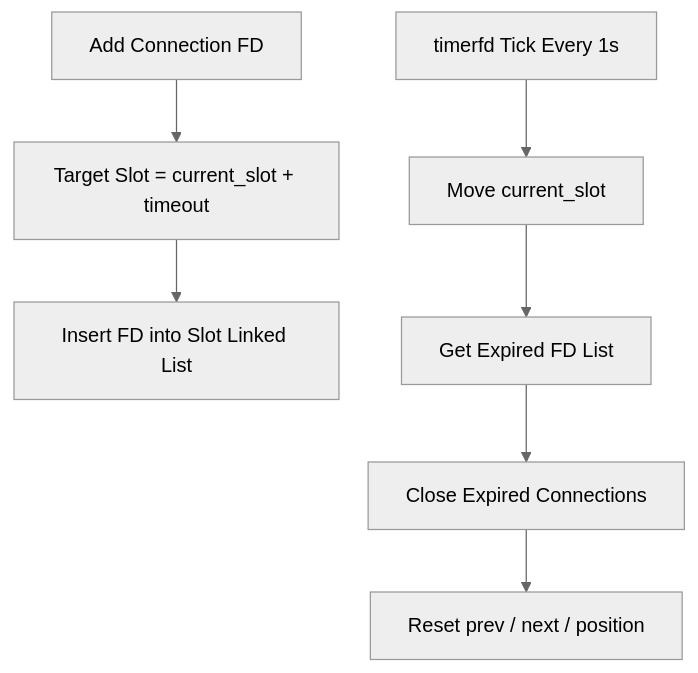
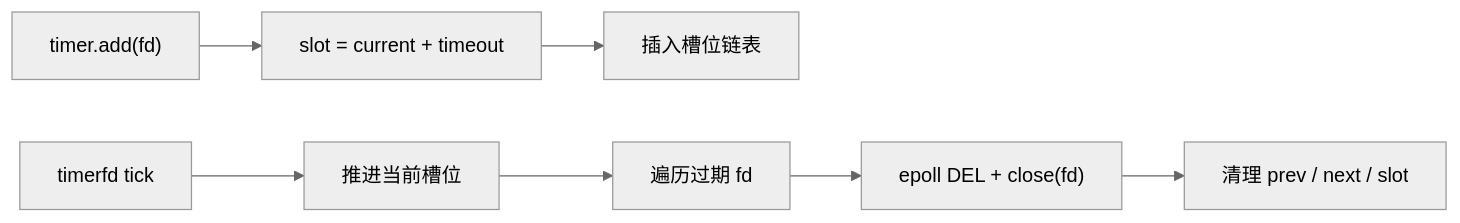
One commit to kangbaoH/VWebServer changed the fourth of 4 diagrams in README.zh-CN.md. Above: the diagram before and after it, drawn with Mermaid (neutral theme). The commit also changed other lines of this file and 2 other files, not shown here.

````diff
--- a/README.zh-CN.md
+++ b/README.zh-CN.md
@@ -272,10 +154,9 @@
 ```mermaid
-flowchart TD
-    Add[Add Connection FD] --> Slot[Target Slot = current_slot + timeout]
-    Slot --> List[Insert FD into Slot Linked List]
-
-    Tick[timerfd Tick Every 1s] --> Move[Move current_slot]
-    Move --> Expired[Get Expired FD List]
-    Expired --> CloseFd[Close Expired Connections]
-    CloseFd --> Clean[Reset prev / next / position]
+flowchart LR
+    Add["timer.add(fd)"] --> Slot["slot = current + timeout"]
+    Slot --> List["插入槽位链表"]
+    Tick["timerfd tick"] --> Advance["推进当前槽位"]
+    Advance --> Expire["遍历过期 fd"]
+    Expire --> Close["epoll DEL + close(fd)"]
+    Close --> Clean["清理 prev / next / slot"]
 ```
````
